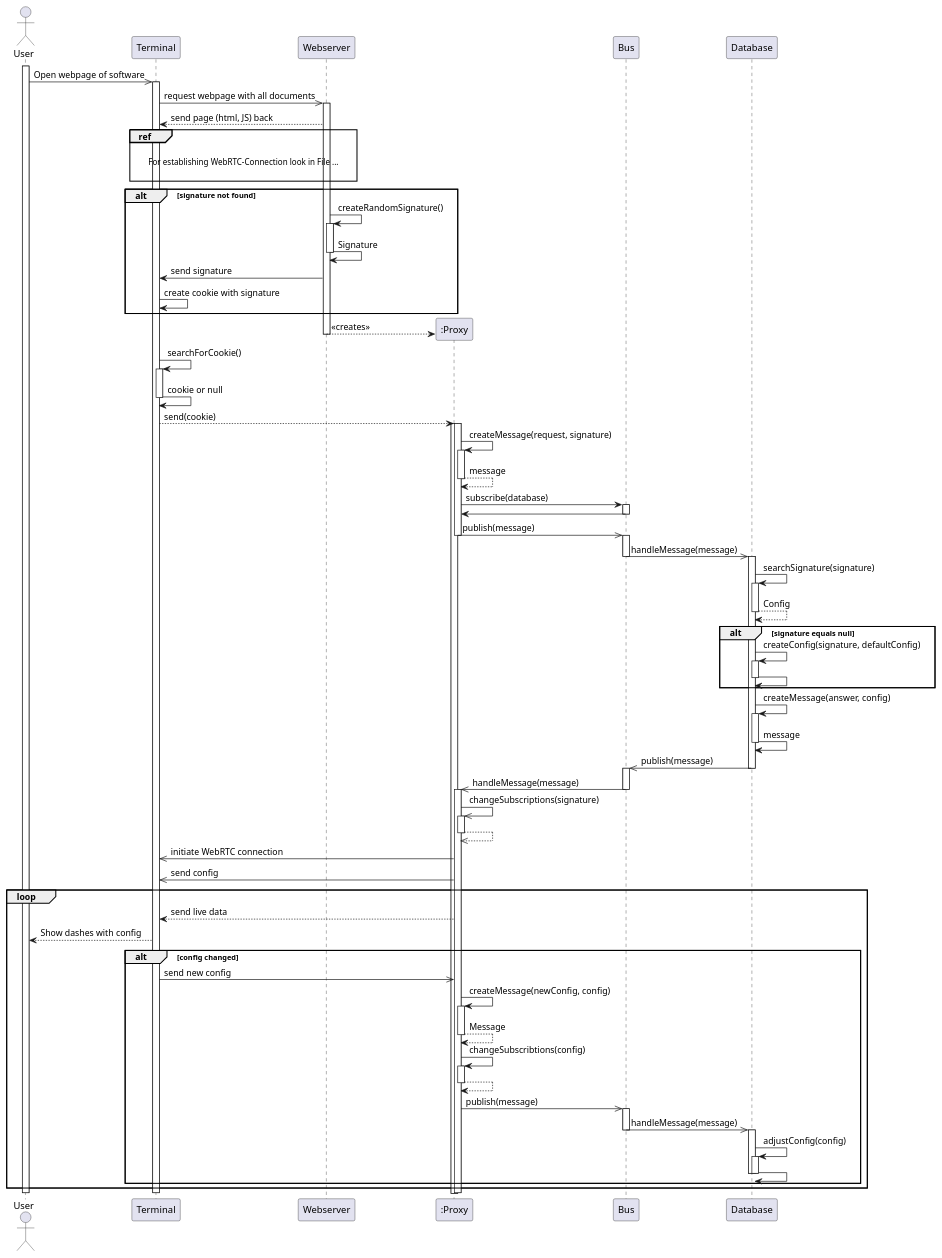
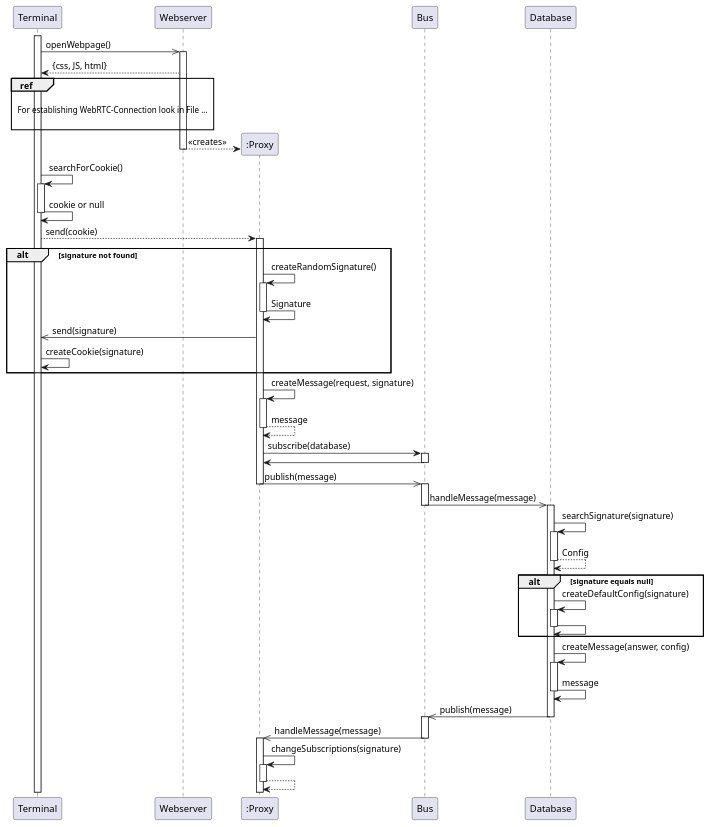
Before and after one commit to uzdry/PSE: the diagram in Entwurf/diagrams/Connect.pu, drawn with PlantUML. The commit also changed 1 other file, not shown here.

```diff
--- a/Entwurf/diagrams/Connect.pu
+++ b/Entwurf/diagrams/Connect.pu
@@ -1,125 +1,87 @@
 @startuml
-actor User
-
-activate User
-User ->> Terminal: Open webpage of software
 activate Terminal
-
-Terminal ->> Webserver: request webpage with all documents
+Terminal ->> Webserver: openWebpage()
 activate Webserver
 
-Terminal <-- Webserver: send page (html, JS) back
+Terminal <-- Webserver: {css, JS, html}
 
 ref over Terminal,Webserver
 
 	For establishing WebRTC-Connection look in File ...
 
 end ref
 
-alt signature not found
-	Webserver -> Webserver: createRandomSignature()
-	activate Webserver
-		Webserver -> Webserver: Signature
-	deactivate Webserver
-	Webserver -> Terminal: send signature
-	Terminal -> Terminal: create cookie with signature
-end
 
 create ":Proxy"
 
 Webserver --> ":Proxy": <<creates>>
 deactivate Webserver
 
 Terminal -> Terminal: searchForCookie()
 activate Terminal
 	Terminal -> Terminal: cookie or null
 deactivate Terminal
 
 Terminal --> ":Proxy": send(cookie)
 activate ":Proxy"
 
+alt signature not found
+	":Proxy" -> ":Proxy": createRandomSignature()
+	activate ":Proxy"
+		":Proxy" -> ":Proxy": Signature
+	deactivate ":Proxy"
+	":Proxy" ->> Terminal: send(signature)
+	Terminal -> Terminal: createCookie(signature)
+end
 
 activate ":Proxy"
 	":Proxy" -> ":Proxy": createMessage(request, signature)
 	activate ":Proxy"
 		":Proxy" --> ":Proxy": message
 	deactivate ":Proxy"
 	":Proxy" -> Bus: subscribe(database)
 	activate Bus
     	Bus -> ":Proxy"
     deactivate Bus
 	":Proxy" ->> Bus: publish(message)
 deactivate ":Proxy"
 
 activate Bus
 	Bus ->> Database: handleMessage(message)
 deactivate Bus
 
 activate Database
 	Database -> Database: searchSignature(signature)
 	activate Database
 		Database --> Database: Config
 	deactivate Database
 
 	alt signature equals null
-		Database -> Database: createConfig(signature, defaultConfig)
+		Database -> Database: createDefaultConfig(signature)
 		activate Database
 			Database -> Database
 		deactivate Database
 		
 	end
 	Database -> Database: createMessage(answer, config)
 	activate Database
 		Database -> Database: message
 	deactivate Database
 	Database ->> Bus: publish(message)
 deactivate Database	
 
 activate Bus
 	Bus ->> ":Proxy": handleMessage(message)
 deactivate Bus
 
 
 activate ":Proxy"
-	":Proxy" ->> ":Proxy": changeSubscriptions(signature)
+
+	":Proxy" -> ":Proxy": changeSubscriptions(signature)
 	activate ":Proxy"
-		":Proxy" -->> ":Proxy"
+		":Proxy" --> ":Proxy"
+		
 	deactivate ":Proxy"
-	Terminal <<- ":Proxy": initiate WebRTC connection
-	Terminal <<- ":Proxy": send config
 
 
-	loop
-		Terminal <-- ":Proxy": send live data
-		Terminal --> User: Show dashes with config	
-
-		alt config changed
-			Terminal ->> ":Proxy": send new config
-			":Proxy" -> ":Proxy": createMessage(newConfig, config)
-			activate ":Proxy"
-				":Proxy" --> ":Proxy": Message
-			deactivate ":Proxy"
-			":Proxy" -> ":Proxy": changeSubscribtions(config)
-			activate ":Proxy"
-				":Proxy" --> ":Proxy"
-			deactivate ":Proxy"
-			":Proxy" ->> Bus: publish(message)
-			activate Bus
-				Bus ->> Database: handleMessage(message)
-			deactivate Bus
-			
-			activate Database
-				Database -> Database: adjustConfig(config)
-				activate Database
-					Database->Database
-				deactivate Database
-			deactivate Database
-		end
-	end
-deactivate ":Proxy"
-
-deactivate User
-deactivate Terminal
-deactivate Database
-
 @enduml
```
